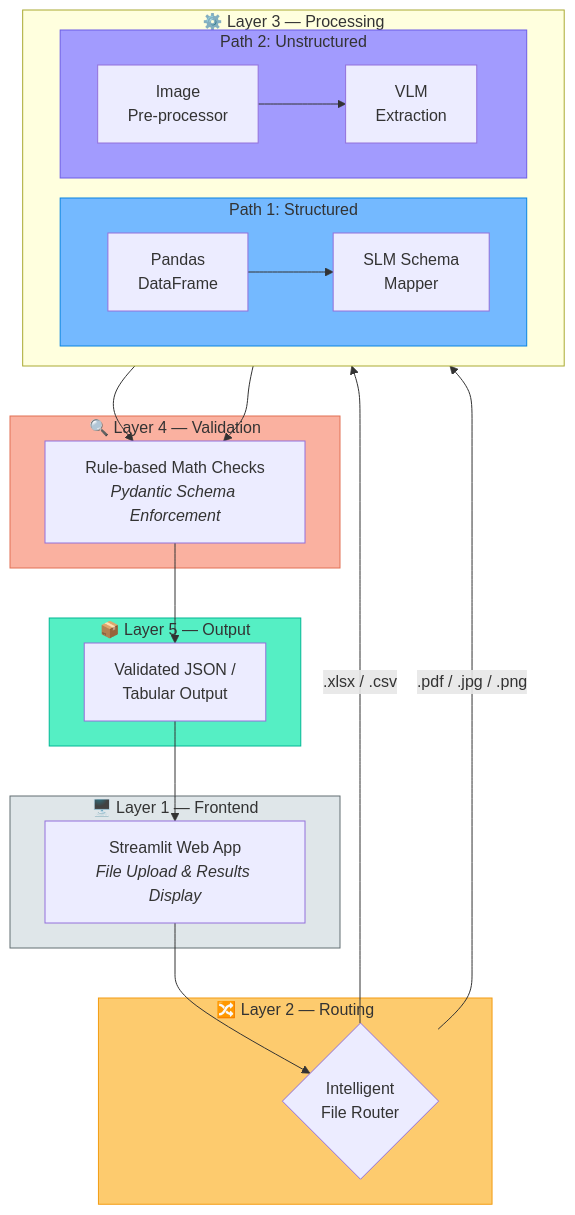
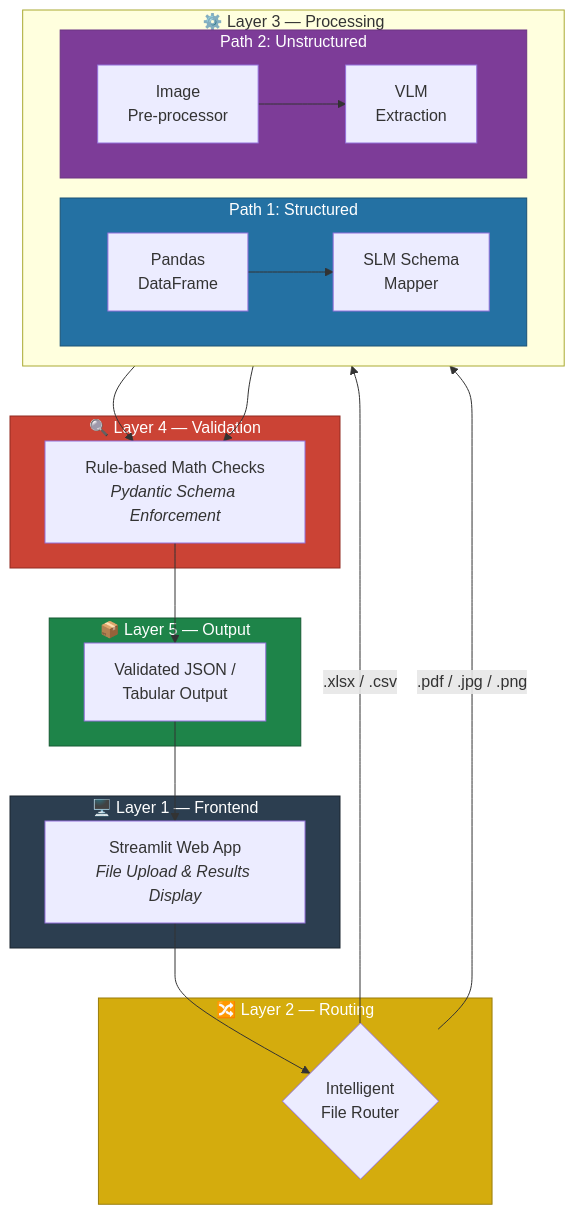
Before and after one commit to KJCREATOR/VYOMEXTRACT: the sixth of 12 diagrams in README.md, drawn with Mermaid. The commit also changed other lines of this file, not shown here.

````diff
--- a/README.md
+++ b/README.md
@@ -254,43 +257,43 @@
 ```mermaid
 graph TB
     subgraph FRONTEND ["🖥️ Layer 1 — Frontend"]
         UI["Streamlit Web App<br/><i>File Upload & Results Display</i>"]
     end
 
     subgraph ROUTING ["🔀 Layer 2 — Routing"]
         RT{"Intelligent<br/>File Router"}
     end
 
     subgraph PROCESSING ["⚙️ Layer 3 — Processing"]
         direction LR
         subgraph PATH1 ["Path 1: Structured"]
             P1A["Pandas<br/>DataFrame"] --> P1B["SLM Schema<br/>Mapper"]
         end
         subgraph PATH2 ["Path 2: Unstructured"]
             P2A["Image<br/>Pre-processor"] --> P2B["VLM<br/>Extraction"]
         end
     end
 
     subgraph VALIDATION ["🔍 Layer 4 — Validation"]
         VAL["Rule-based Math Checks<br/><i>Pydantic Schema Enforcement</i>"]
     end
 
     subgraph OUTPUT_LAYER ["📦 Layer 5 — Output"]
         OUT["Validated JSON /<br/>Tabular Output"]
     end
 
     UI --> RT
     RT -->|".xlsx / .csv"| P1A
     RT -->|".pdf / .jpg / .png"| P2A
     P1B --> VAL
     P2B --> VAL
     VAL --> OUT
     OUT --> UI
 
-    style FRONTEND fill:#dfe6e9,stroke:#636e72
-    style ROUTING fill:#fdcb6e,stroke:#f39c12
-    style PATH1 fill:#74b9ff,stroke:#0984e3
-    style PATH2 fill:#a29bfe,stroke:#6c5ce7
-    style VALIDATION fill:#fab1a0,stroke:#e17055
-    style OUTPUT_LAYER fill:#55efc4,stroke:#00b894
+    style FRONTEND fill:#2c3e50,stroke:#1a252f,color:#fff
+    style ROUTING fill:#d4ac0d,stroke:#9a7d0a,color:#fff
+    style PATH1 fill:#2471a3,stroke:#1a5276,color:#fff
+    style PATH2 fill:#7d3c98,stroke:#6c3483,color:#fff
+    style VALIDATION fill:#cb4335,stroke:#922b21,color:#fff
+    style OUTPUT_LAYER fill:#1e8449,stroke:#145a32,color:#fff
 ```
````
